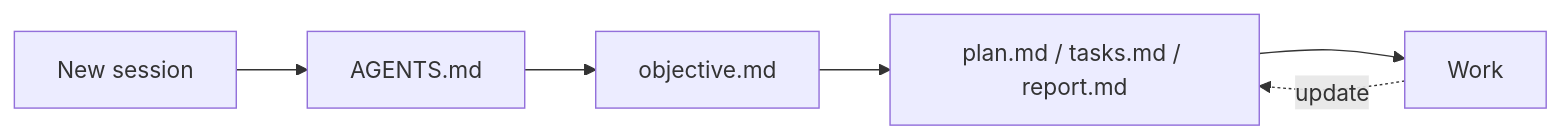
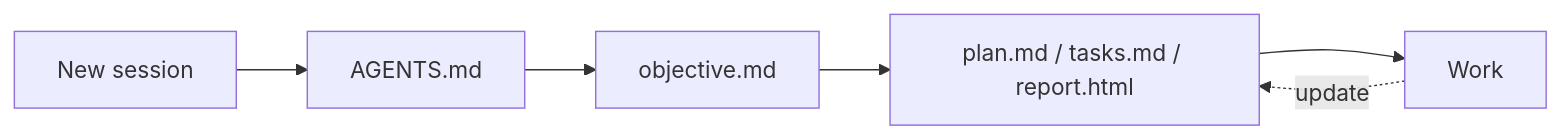
Before and after one commit to rhymesg/coding-agent-guidelines: the diagram in skills/create-workplan/SKILL.md, drawn with Mermaid. The commit also changed other lines of this file and 3 other files, not shown here.

Commit message:
Make the workplan report an HTML page that follows report-writing-guidelines

````diff
--- a/skills/create-workplan/SKILL.md
+++ b/skills/create-workplan/SKILL.md
@@ -9,8 +9,8 @@
 ```mermaid
 flowchart LR
     session[New session] --> agents[AGENTS.md]
     agents --> objective[objective.md]
-    objective --> documents[plan.md / tasks.md / report.md]
+    objective --> documents[plan.md / tasks.md / report.html]
     documents --> work[Work]
     work -.->|update| documents
 ```
````
